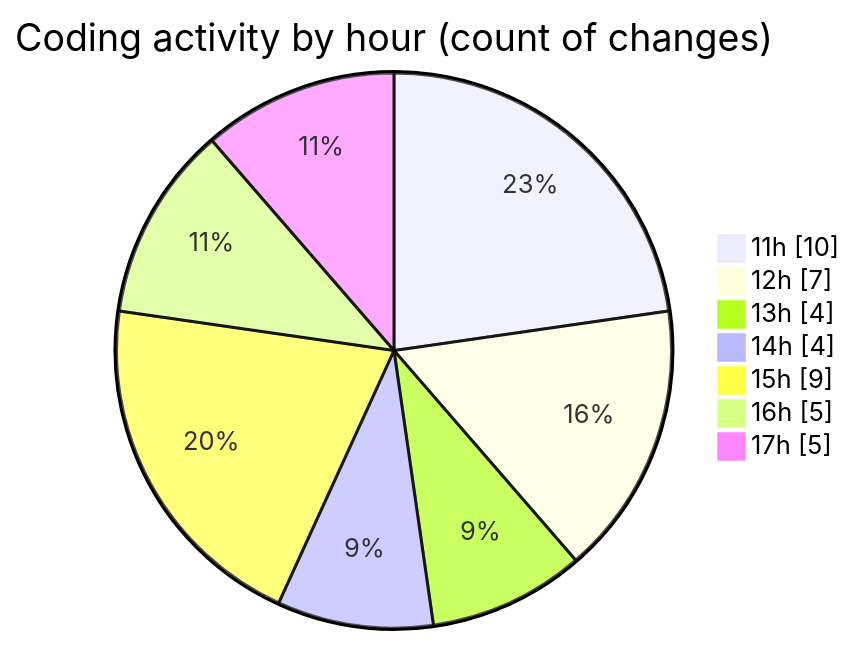
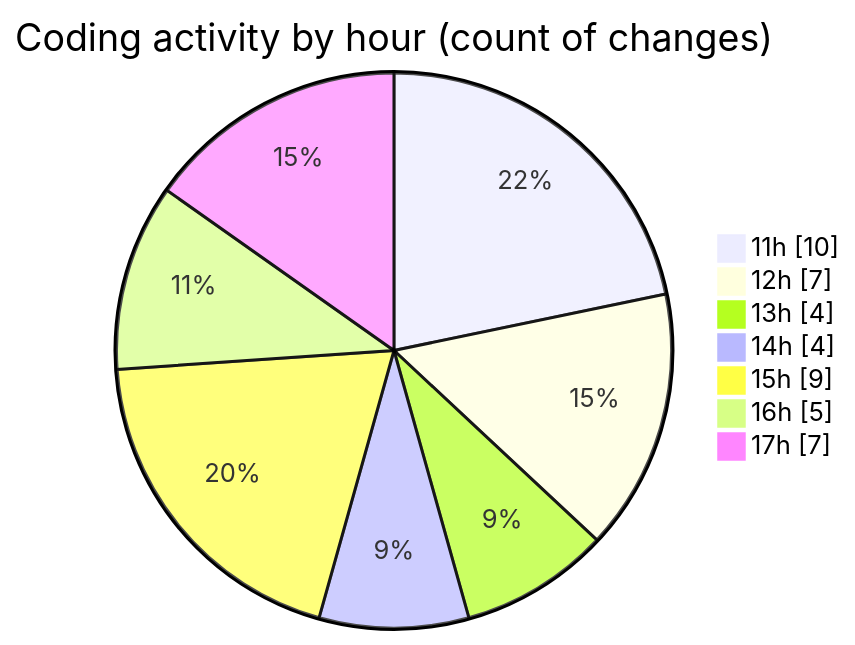
One commit to nxtqubesakshisongat/code-tracking changed the second of 2 diagrams in 2025-12-09/nxtqube_webapp/README.md. Above: the diagram before and after it, drawn with Mermaid. The commit also changed other lines of this file and 1 other file, not shown here.

````diff
--- a/2025-12-09/nxtqube_webapp/README.md
+++ b/2025-12-09/nxtqube_webapp/README.md
@@ -35,11 +35,11 @@
 ```mermaid
 pie showData
 title Coding activity by hour (count of changes)
 "11h" : 10
 "12h" : 7
 "13h" : 4
 "14h" : 4
 "15h" : 9
 "16h" : 5
-"17h" : 5
+"17h" : 7
 ```
````
